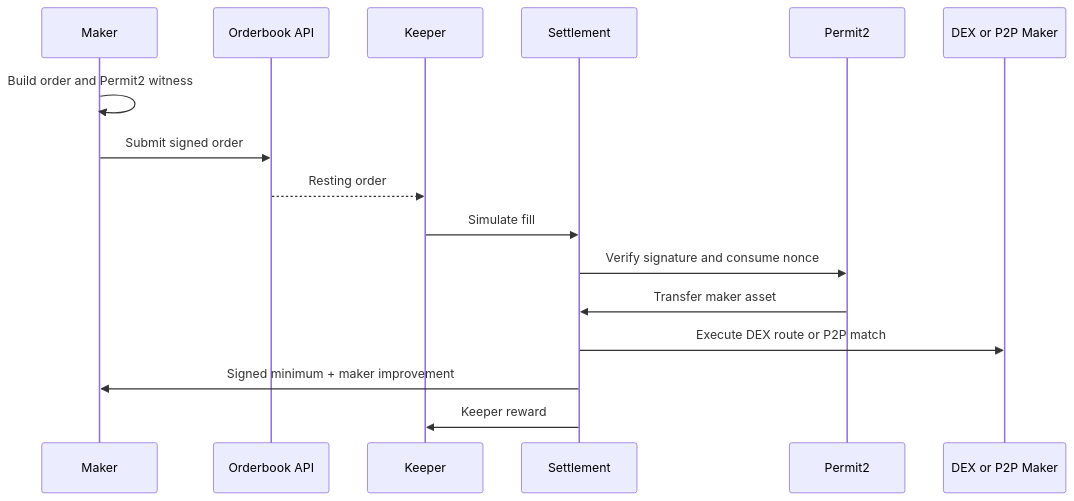
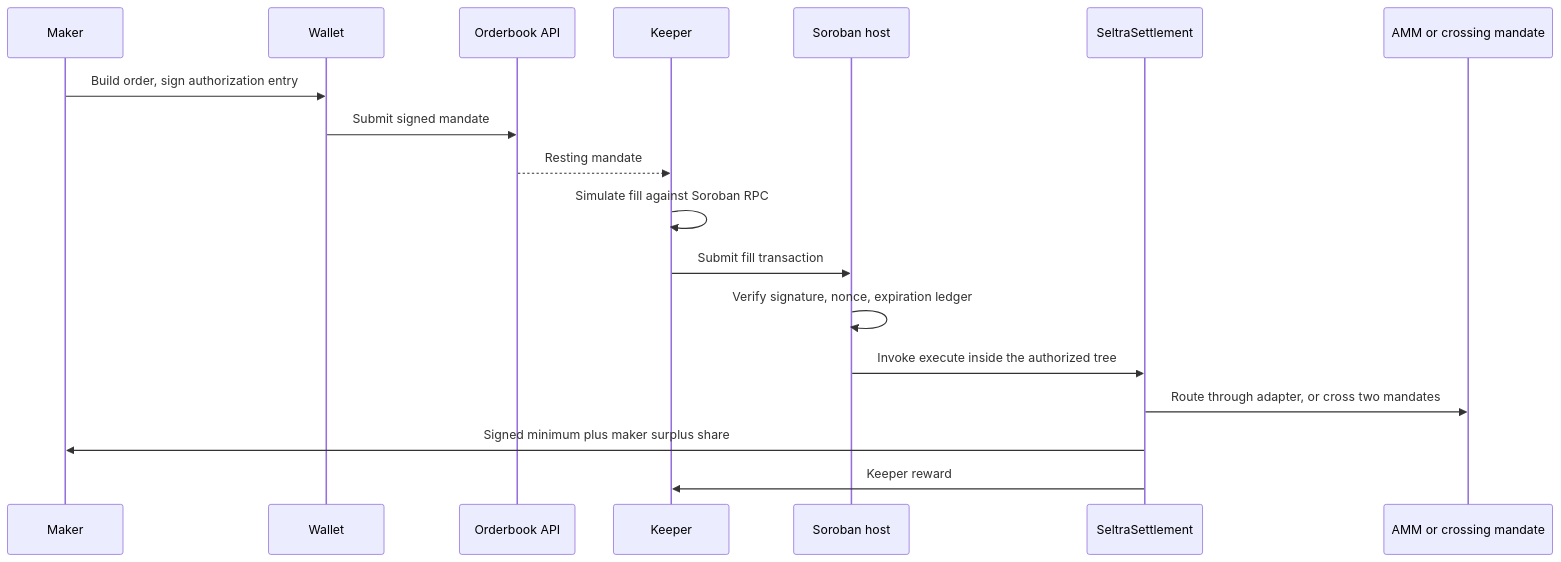
The diagram in content/docs/index.md (zadworny/Limit-Order-Frontend), drawn with Mermaid before and after one commit. The commit also changed other lines of this file and 47 other files, not shown here.

````diff
--- a/content/docs/index.md
+++ b/content/docs/index.md
@@ -35,19 +39,21 @@
 ```mermaid
 sequenceDiagram
     participant Maker
+    participant Wallet as Wallet
     participant API as Orderbook API
     participant Keeper
-    participant Settlement
-    participant Permit2
-    participant Liquidity as DEX or P2P Maker
+    participant Host as Soroban host
+    participant Settlement as SeltraSettlement
+    participant Liquidity as AMM or crossing mandate
 
-    Maker->>Maker: Build order and Permit2 witness
-    Maker->>API: Submit signed order
-    API-->>Keeper: Resting order
-    Keeper->>Settlement: Simulate fill
-    Settlement->>Permit2: Verify signature and consume nonce
-    Permit2->>Settlement: Transfer maker asset
-    Settlement->>Liquidity: Execute DEX route or P2P match
-    Settlement->>Maker: Signed minimum + maker improvement
+    Maker->>Wallet: Build order, sign authorization entry
+    Wallet->>API: Submit signed mandate
+    API-->>Keeper: Resting mandate
+    Keeper->>Keeper: Simulate fill against Soroban RPC
+    Keeper->>Host: Submit fill transaction
+    Host->>Host: Verify signature, nonce, expiration ledger
+    Host->>Settlement: Invoke execute inside the authorized tree
+    Settlement->>Liquidity: Route through adapter, or cross two mandates
+    Settlement->>Maker: Signed minimum plus maker surplus share
     Settlement->>Keeper: Keeper reward
 ```
````
